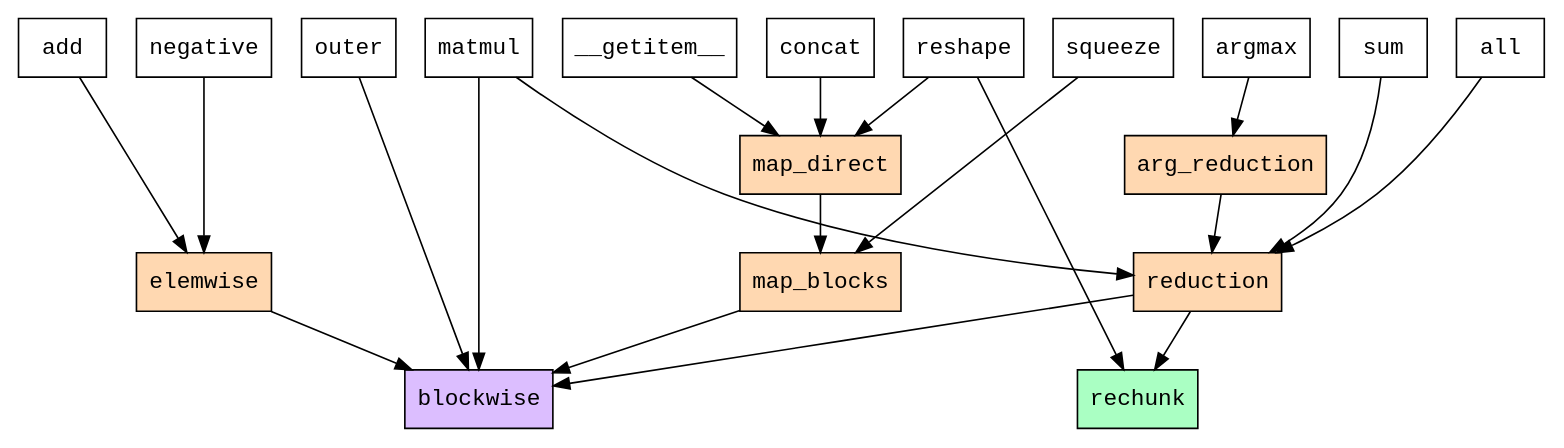
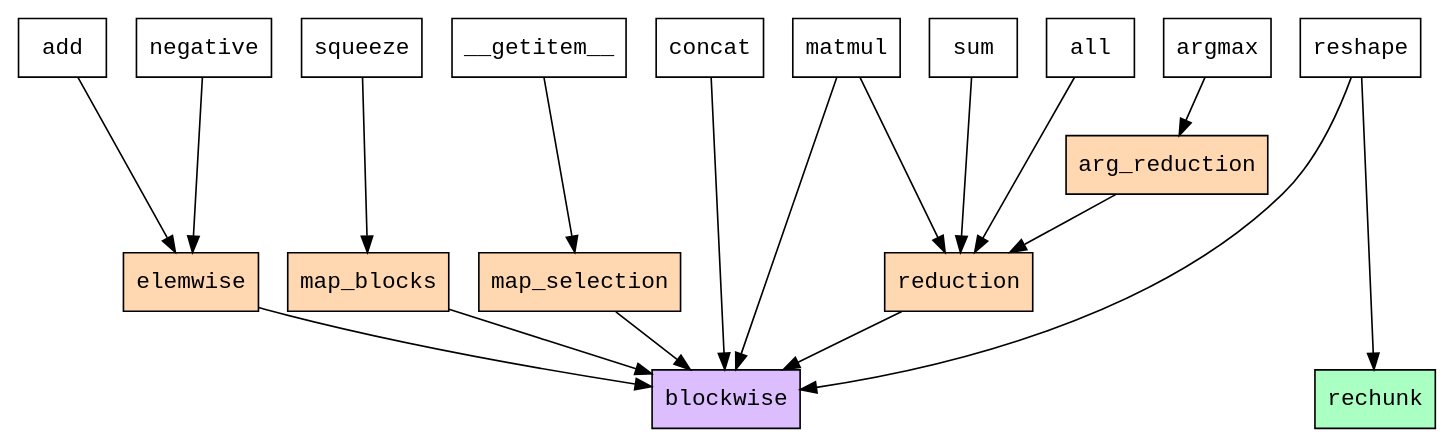
One commit to cubed-dev/cubed changed the diagram in docs/images/ops.dot. Above: the diagram before and after it, drawn with Graphviz. The commit also changed 1 other file, not shown here.

Commit message:
Rework dependency tree diagram for core and primitive ops to include `map_selection`

```diff
--- a/docs/images/ops.dot
+++ b/docs/images/ops.dot
@@ -1,72 +1,69 @@
 // Generate svg with `dot images/ops.dot -Tsvg -O`
 digraph {
     graph [fontname = "courier"];
     node [fontname = "courier"; shape="box"];
     edge [fontname = "courier"];
 
     // primitive
     blockwise [style="filled"; fillcolor="#dcbeff";];
     rechunk [style="filled"; fillcolor="#aaffc3";];
 
     // core
     elemwise [style="filled"; fillcolor="#ffd8b1";];
     map_blocks [style="filled"; fillcolor="#ffd8b1";];
-    map_direct [style="filled"; fillcolor="#ffd8b1";];
+    map_selection [style="filled"; fillcolor="#ffd8b1";];
     reduction [style="filled"; fillcolor="#ffd8b1";];
     arg_reduction [style="filled"; fillcolor="#ffd8b1";];
 
     elemwise -> blockwise;
     map_blocks -> blockwise;
-    map_direct -> map_blocks;
+    map_selection -> blockwise;
     reduction -> blockwise;
-    reduction -> rechunk;
     arg_reduction -> reduction;
 
     // array API
 
     // array object
-    __getitem__ -> map_direct
+    __getitem__ -> map_selection
 
     // elementwise
     add -> elemwise
     negative -> elemwise
 
     // linear algebra
     matmul -> blockwise;
     matmul -> reduction;
-    outer -> blockwise;
 
     // manipulation
-    concat -> map_direct;
+    concat -> blockwise;
     reshape -> rechunk;
-    reshape -> map_direct;
+    reshape -> blockwise;
     squeeze -> map_blocks;
 
     // searching
     argmax -> arg_reduction;
 
     // statistical
     sum -> reduction;
 
     // utility
     all -> reduction;
 
-
     {
         rank = min;
 
         // fix horizontal placing with invisible edges
         edge[style=invis];
-        add -> negative -> outer -> matmul -> __getitem__ -> concat -> reshape -> squeeze -> argmax -> sum -> all;
+        add -> negative -> squeeze -> __getitem__ -> concat -> matmul -> sum -> all -> argmax -> reshape;
         rankdir = LR;
     }
     {
         rank = same;
-        elemwise; map_blocks; reduction;
+        elemwise; map_blocks; map_selection; reduction;
     }
     {
         rank = max;
         blockwise; rechunk;
     }
 
 }
```
